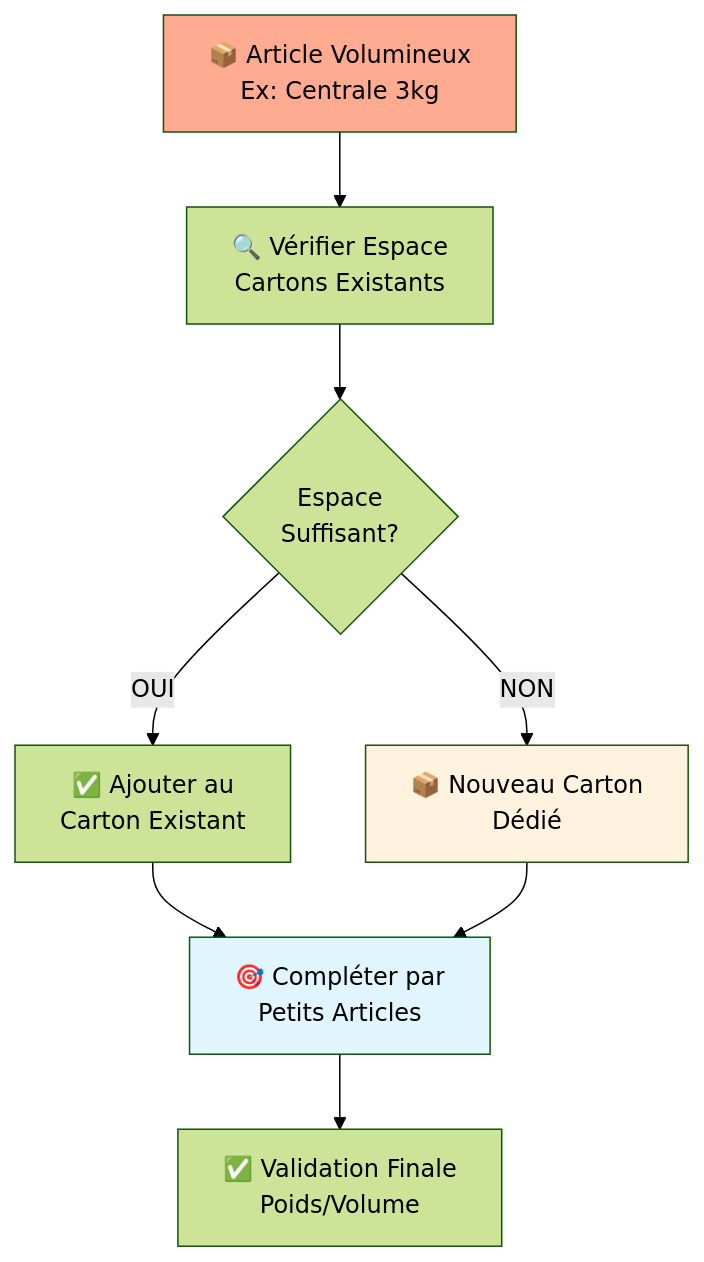
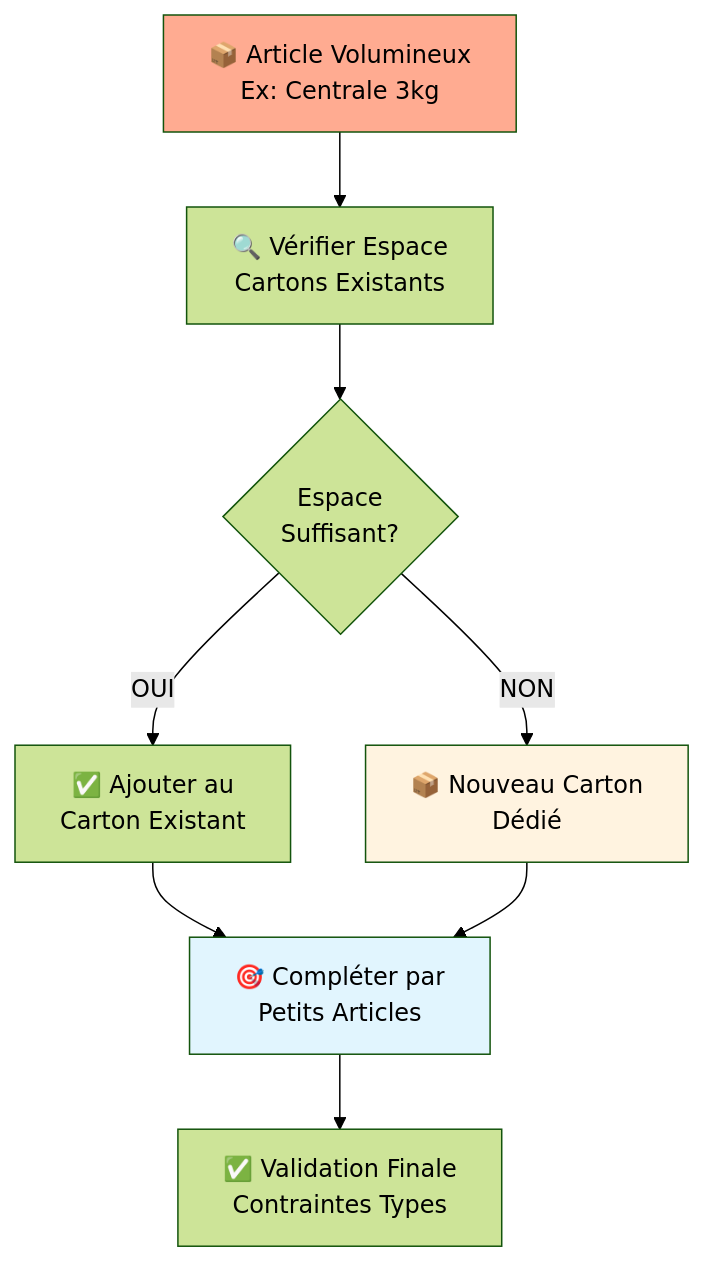
One commit to Singularity-Institute/PTL-r-appro- changed the eighth of 10 diagrams in algorithme_knapsack_modifie_criticite.md. Above: the diagram before and after it, drawn with Mermaid (forest theme). The commit also changed other lines of this file, not shown here.

````diff
--- a/algorithme_knapsack_modifie_criticite.md
+++ b/algorithme_knapsack_modifie_criticite.md
@@ -390,18 +373,18 @@
 ```mermaid
 flowchart TD
     BIG_ITEM[📦 Article Volumineux<br/>Ex: Centrale 3kg] --> CHECK_SPACE[🔍 Vérifier Espace<br/>Cartons Existants]
     
     CHECK_SPACE --> SPACE_OK{Espace<br/>Suffisant?}
     
     SPACE_OK -->|OUI| ADD_EXISTING[✅ Ajouter au<br/>Carton Existant]
     SPACE_OK -->|NON| NEW_CARTON[📦 Nouveau Carton<br/>Dédié]
     
     ADD_EXISTING --> OPTIMIZE[🎯 Compléter par<br/>Petits Articles]
     NEW_CARTON --> OPTIMIZE
     
-    OPTIMIZE --> VALIDATE[✅ Validation Finale<br/>Poids/Volume]
+    OPTIMIZE --> VALIDATE[✅ Validation Finale<br/>Contraintes Types]
     
     style BIG_ITEM fill:#ffab91
     style NEW_CARTON fill:#fff3e0
     style OPTIMIZE fill:#e1f5fe
 ```
````
